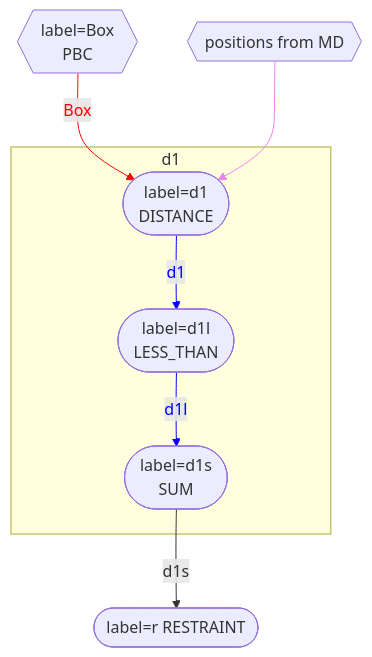
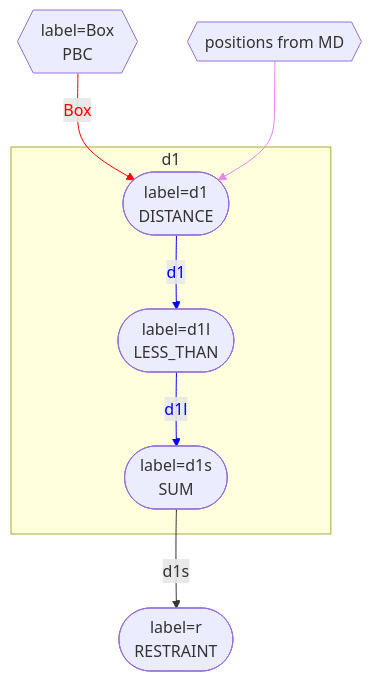
Before and after one commit to gtribello/plumed-thoughts: the first of 2 diagrams in MultiColvar.md, drawn with Mermaid. The commit also changed other lines of this file and 1 other file, not shown here.

Commit message:
Fixed some small things in graphs

````diff
--- a/MultiColvar.md
+++ b/MultiColvar.md
@@ -40,24 +40,25 @@
 ```mermaid
 flowchart TB
-MD{{positions from MD}}
+MD{{"positions from MD"}}
 Box{{"label=Box 
  PBC"}}
 Box -- Box --> d1
 linkStyle 0 stroke:red,color:red;
 MD --> d1
 linkStyle 1 stroke:violet,color:violet;
 subgraph subd1 [d1]
 d1(["label=d1
  DISTANCE"])
 d1l(["label=d1l
  LESS_THAN"])
 d1s(["label=d1s
  SUM"])
 end
 d1 -- d1 --> d1l
 linkStyle 2 stroke:blue,color:blue;
 d1l -- d1l --> d1s
 linkStyle 3 stroke:blue,color:blue;
 d1s -- d1s --> r
-r(["label=r RESTRAINT"])
+r(["label=r
+ RESTRAINT"])
 ```
````
